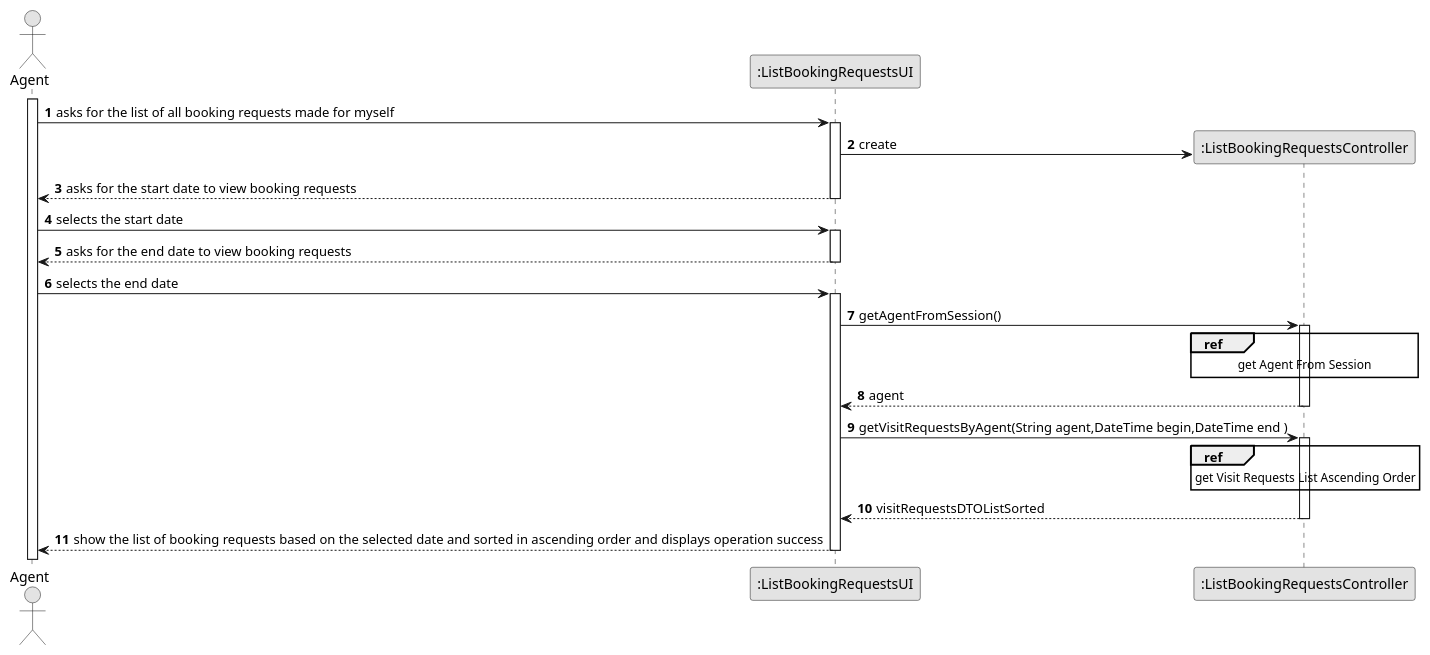
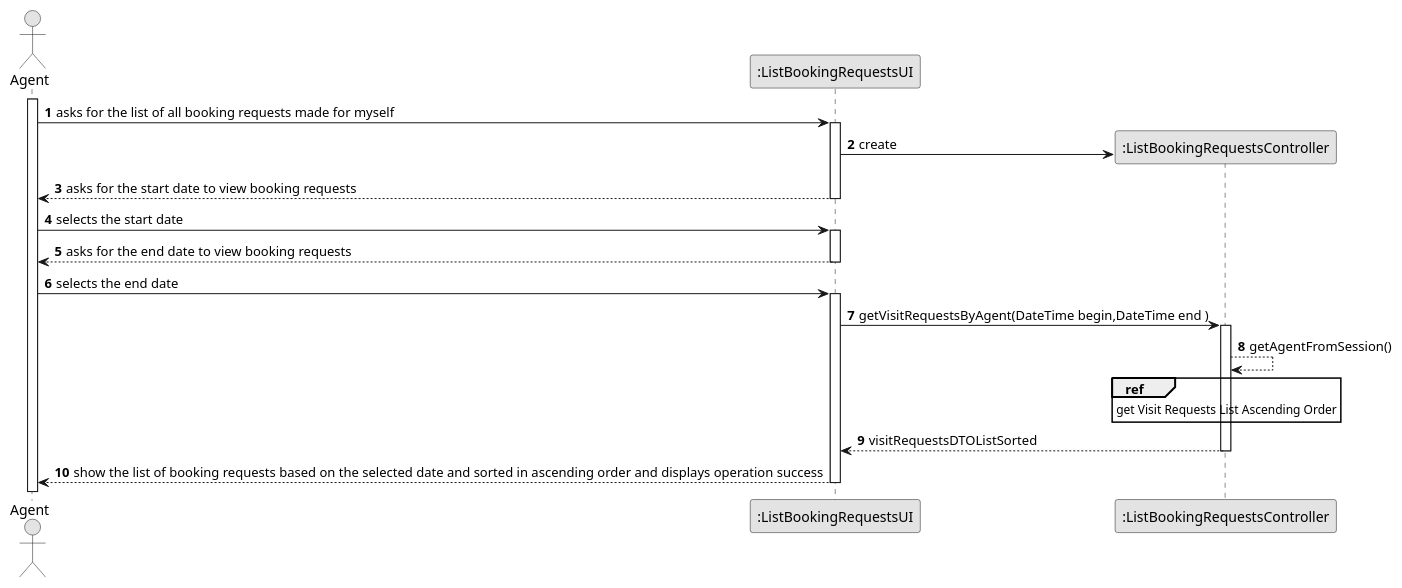
One commit to Shushizinho/RealEstateUSASystem changed the diagram in docs/sprintD/us015/03.design/puml/us015-sequence-split.puml. Above: the diagram before and after it, drawn with PlantUML. The commit also changed 5 other files, not shown here.

Commit message:
update US15 UI and SD (As an agent, I intend to list all booking requests for properties managed by me.)

```diff
--- a/docs/sprintD/us015/03.design/puml/us015-sequence-split.puml
+++ b/docs/sprintD/us015/03.design/puml/us015-sequence-split.puml
@@ -1,88 +1,68 @@
 @startuml
 skinparam monochrome true
 skinparam packageStyle rectangle
 skinparam shadowing false
 
 
 autonumber
 
 actor "Agent" as Agent
 
 
 participant ":ListBookingRequestsUI" as UI
 participant ":ListBookingRequestsController" as CTRL
 
 
-
-
-
-
-
-
-
-
-
-
-
     activate Agent
 
   Agent -> UI : asks for the list of all booking requests made for myself
     activate UI
 
     UI -> CTRL** : create
-
-
-
 
 
       UI --> Agent : asks for the start date to view booking requests
             deactivate UI
 
 
          Agent -> UI : selects the start date
          activate UI
 
 
 
          UI --> Agent : asks for the end date to view booking requests
          deactivate UI
 
 
           Agent -> UI : selects the end date
            activate UI
 
-    UI -> CTRL : getAgentFromSession()
+
+
+       UI -> CTRL: getVisitRequestsByAgent(DateTime begin,DateTime end )
        activate CTRL
 
-      ref over CTRL
-      get Agent From Session
-      end ref
-       CTRL --> UI: agent
-       deactivate CTRL
-
-       UI -> CTRL: getVisitRequestsByAgent(String agent,DateTime begin,DateTime end )
-       activate CTRL
-
+       CTRL--> CTRL : getAgentFromSession()
 
      ref over CTRL
      get Visit Requests List Ascending Order
      end ref
 
             CTRL --> UI : visitRequestsDTOListSorted
             deactivate CTRL
 
 
 
 
 
 
 
 
      UI --> Agent : show the list of booking requests based on the selected date and sorted in ascending order and displays operation success
       deactivate UI
 
 
 
 
 
 @enduml
```
